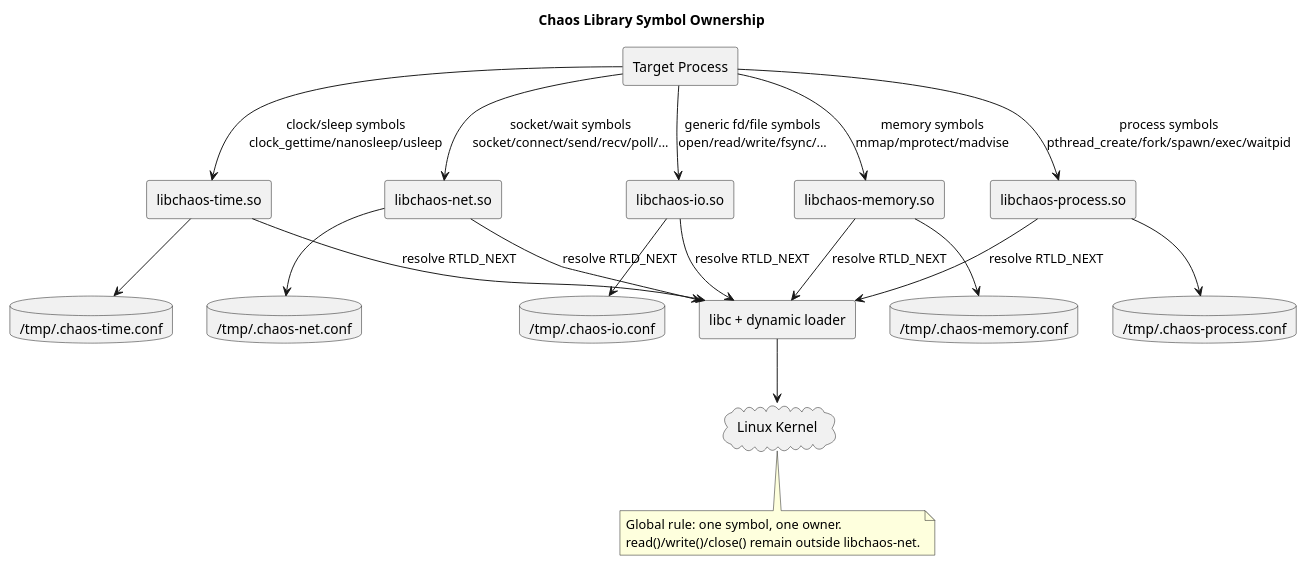
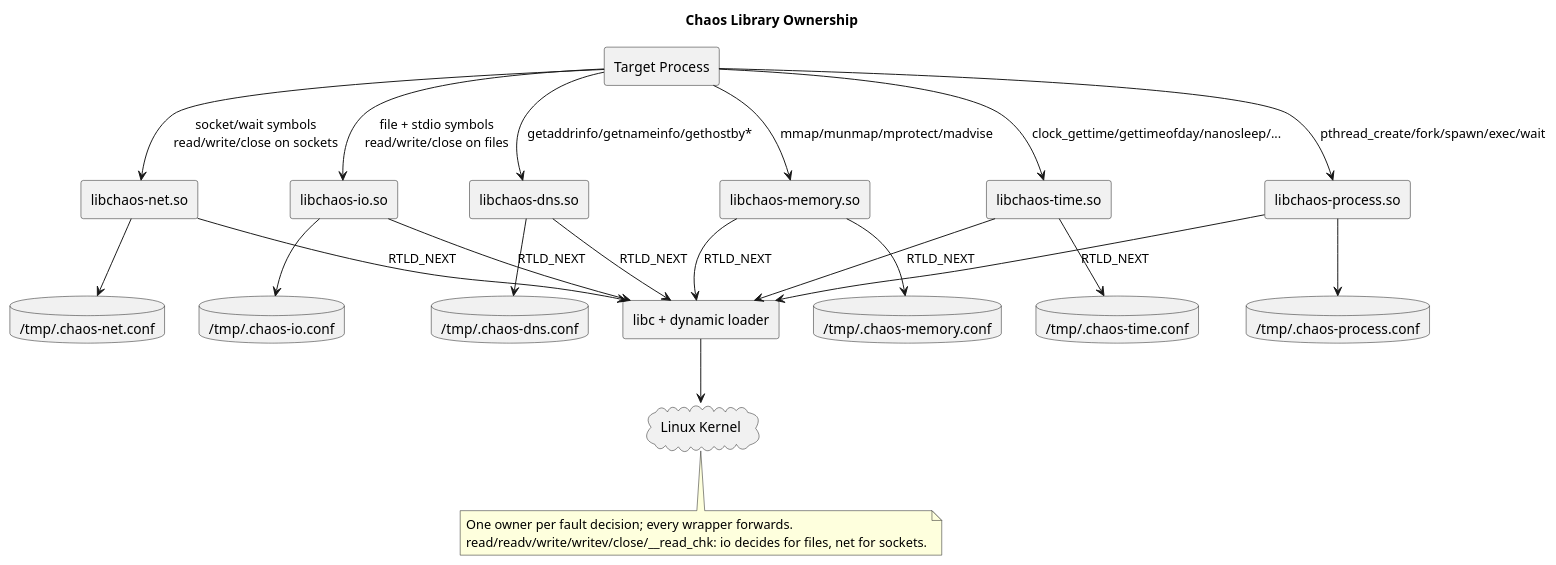
The first of 4 diagrams in docs/SYSTEM.md (macstab/macstab-chaos-testing-libraries), drawn with PlantUML before and after one commit. The commit also changed other lines of this file and 324 other files, not shown here.

````diff
--- a/docs/SYSTEM.md
+++ b/docs/SYSTEM.md
@@ -409,45 +368,50 @@
 ```plantuml
 @startuml
-title Chaos Library Symbol Ownership
+title Chaos Library Ownership
 skinparam componentStyle rectangle
 
 component "Target Process" as App
 component "libchaos-io.so" as IO
 component "libchaos-net.so" as NET
+component "libchaos-dns.so" as DNS
 component "libchaos-time.so" as TIME
 component "libchaos-process.so" as PROC
 component "libchaos-memory.so" as MEM
 component "libc + dynamic loader" as LIBC
 database "/tmp/.chaos-io.conf" as IOCFG
 database "/tmp/.chaos-net.conf" as NETCFG
+database "/tmp/.chaos-dns.conf" as DNSCFG
 database "/tmp/.chaos-time.conf" as TIMECFG
 database "/tmp/.chaos-process.conf" as PROCCFG
 database "/tmp/.chaos-memory.conf" as MEMCFG
 cloud "Linux Kernel" as KERNEL
 
-App --> IO : generic fd/file symbols\nopen/read/write/fsync/...
-App --> NET : socket/wait symbols\nsocket/connect/send/recv/poll/...
-App --> TIME : clock/sleep symbols\nclock_gettime/nanosleep/usleep
-App --> PROC : process symbols\npthread_create/fork/spawn/exec/waitpid
-App --> MEM : memory symbols\nmmap/mprotect/madvise
+App --> IO : file + stdio symbols\nread/write/close on files
+App --> NET : socket/wait symbols\nread/write/close on sockets
+App --> DNS : getaddrinfo/getnameinfo/gethostby*
+App --> TIME : clock_gettime/gettimeofday/nanosleep/...
+App --> PROC : pthread_create/fork/spawn/exec/wait
+App --> MEM : mmap/munmap/mprotect/madvise
 
 IO --> IOCFG
 NET --> NETCFG
+DNS --> DNSCFG
 TIME --> TIMECFG
 PROC --> PROCCFG
 MEM --> MEMCFG
 
-IO --> LIBC : resolve RTLD_NEXT
-NET --> LIBC : resolve RTLD_NEXT
-TIME --> LIBC : resolve RTLD_NEXT
-PROC --> LIBC : resolve RTLD_NEXT
-MEM --> LIBC : resolve RTLD_NEXT
+IO --> LIBC : RTLD_NEXT
+NET --> LIBC : RTLD_NEXT
+DNS --> LIBC : RTLD_NEXT
+TIME --> LIBC : RTLD_NEXT
+PROC --> LIBC : RTLD_NEXT
+MEM --> LIBC : RTLD_NEXT
 
 LIBC --> KERNEL
 
 note bottom
-Global rule: one symbol, one owner.
-read()/write()/close() remain outside libchaos-net.
+One owner per fault decision; every wrapper forwards.
+read/readv/write/writev/close/__read_chk: io decides for files, net for sockets.
 end note
 @enduml
 ```
````
